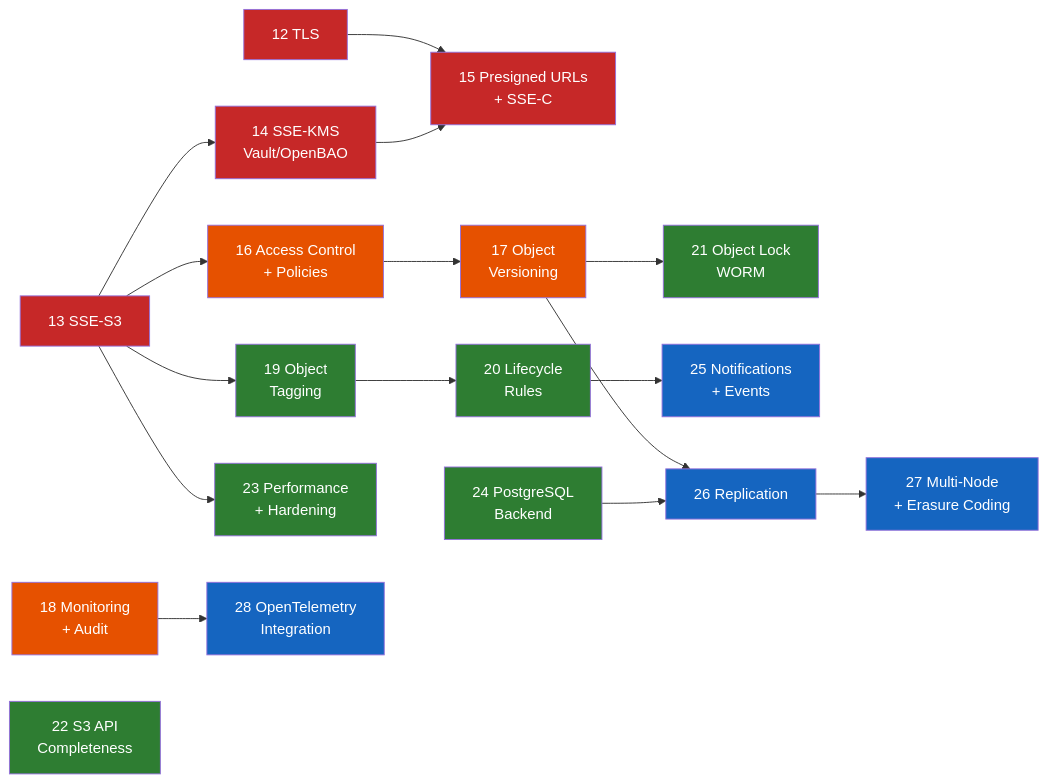
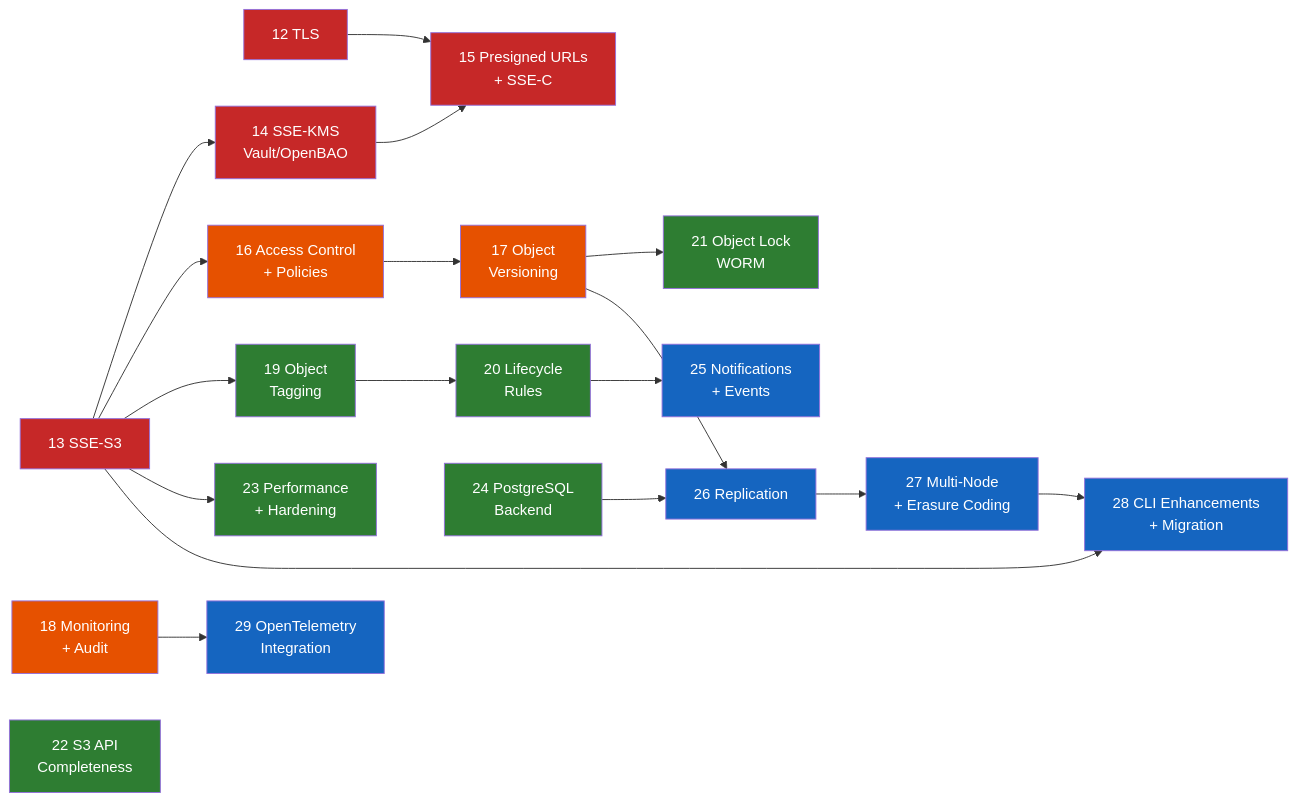
One commit to dxc-technology/arca changed the diagram in documentation/docs/roadmap.md. Above: the diagram before and after it, drawn with Mermaid. The commit also changed other lines of this file and 37 other files, not shown here.

````diff
--- a/documentation/docs/roadmap.md
+++ b/documentation/docs/roadmap.md
@@ -52,38 +53,41 @@
 ```mermaid
 graph LR
     12["12 TLS"] --> 15["15 Presigned URLs\n+ SSE-C"]
     13["13 SSE-S3"] --> 14["14 SSE-KMS\nVault/OpenBAO"]
     14 --> 15
     13 --> 16["16 Access Control\n+ Policies"]
     13 --> 19["19 Object\nTagging"]
     19 --> 20["20 Lifecycle\nRules"]
     16 --> 17["17 Object\nVersioning"]
     17 --> 21["21 Object Lock\nWORM"]
     20 --> 25["25 Notifications\n+ Events"]
     17 --> 26["26 Replication"]
     13 --> 23["23 Performance\n+ Hardening"]
     24["24 PostgreSQL\nBackend"] --> 26
     26 --> 27["27 Multi-Node\n+ Erasure Coding"]
-    18 --> 28["28 OpenTelemetry\nIntegration"]
+    27 --> 28["28 CLI Enhancements\n+ Migration"]
+    13 --> 28
+    18 --> 29["29 OpenTelemetry\nIntegration"]
 
     style 12 fill:#c62828,color:#fff
     style 13 fill:#c62828,color:#fff
     style 14 fill:#c62828,color:#fff
     style 15 fill:#c62828,color:#fff
     style 16 fill:#e65100,color:#fff
     style 17 fill:#e65100,color:#fff
     style 18 fill:#e65100,color:#fff
     style 19 fill:#2e7d32,color:#fff
     style 20 fill:#2e7d32,color:#fff
     style 21 fill:#2e7d32,color:#fff
     style 22 fill:#2e7d32,color:#fff
     style 23 fill:#2e7d32,color:#fff
     style 24 fill:#2e7d32,color:#fff
     style 25 fill:#1565c0,color:#fff
     style 26 fill:#1565c0,color:#fff
     style 27 fill:#1565c0,color:#fff
     style 28 fill:#1565c0,color:#fff
+    style 29 fill:#1565c0,color:#fff
 
     18["18 Monitoring\n+ Audit"]
     22["22 S3 API\nCompleteness"]
 ```
````
